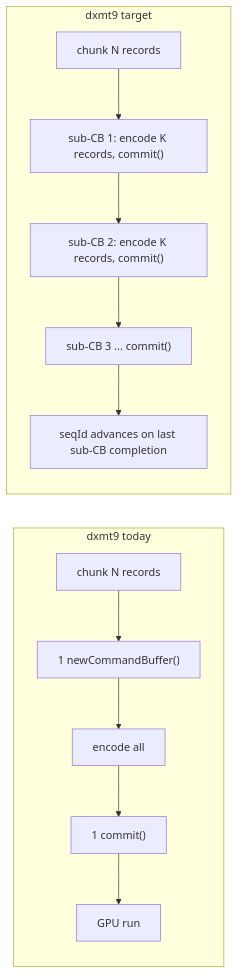
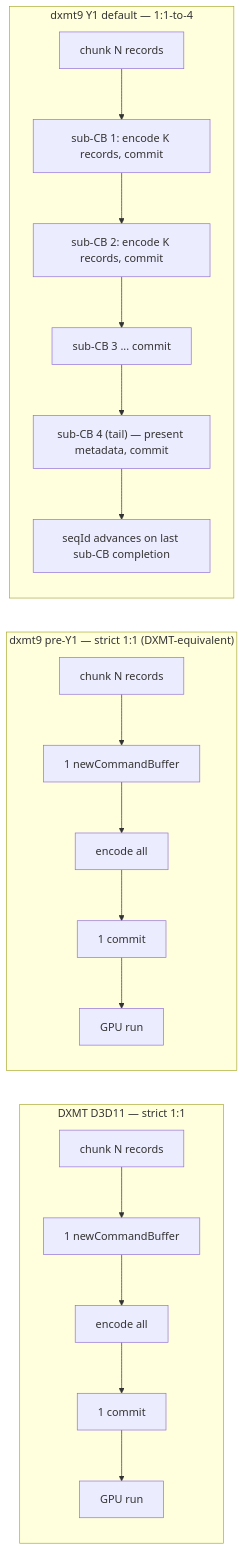
Before and after one commit to dfdgsdfg/dxmt9: the eighth of 8 diagrams in docs/architecture-comparison.md, drawn with Mermaid. The commit also changed other lines of this file and 4 other files, not shown here.

````diff
--- a/docs/architecture-comparison.md
+++ b/docs/architecture-comparison.md
@@ -404,12 +412,16 @@
 ```mermaid
 flowchart LR
-    subgraph dxmt9_now["dxmt9 today"]
-        c1["chunk N records"] --> c2["1 newCommandBuffer()"] --> c3["encode all"] --> c4["1 commit()"] --> c5["GPU run"]
+    subgraph dxmt[DXMT D3D11 — strict 1:1]
+        d1["chunk N records"] --> d2["1 newCommandBuffer"] --> d3["encode all"] --> d4["1 commit"] --> d5["GPU run"]
     end
-    subgraph dxmt9_tgt["dxmt9 target"]
-        t1["chunk N records"] --> t2["sub-CB 1: encode K records, commit()"]
-        t2 --> t3["sub-CB 2: encode K records, commit()"]
-        t3 --> t4["sub-CB 3 ... commit()"]
-        t4 --> t5["seqId advances on last sub-CB completion"]
+    subgraph d9_pre["dxmt9 pre-Y1 — strict 1:1 (DXMT-equivalent)"]
+        c1["chunk N records"] --> c2["1 newCommandBuffer"] --> c3["encode all"] --> c4["1 commit"] --> c5["GPU run"]
+    end
+    subgraph d9_y1["dxmt9 Y1 default — 1:1-to-4"]
+        t1["chunk N records"] --> t2["sub-CB 1: encode K records, commit"]
+        t2 --> t3["sub-CB 2: encode K records, commit"]
+        t3 --> t4["sub-CB 3 ... commit"]
+        t4 --> t5["sub-CB 4 (tail) — present metadata, commit"]
+        t5 --> t6["seqId advances on last sub-CB completion"]
     end
 ```
````
